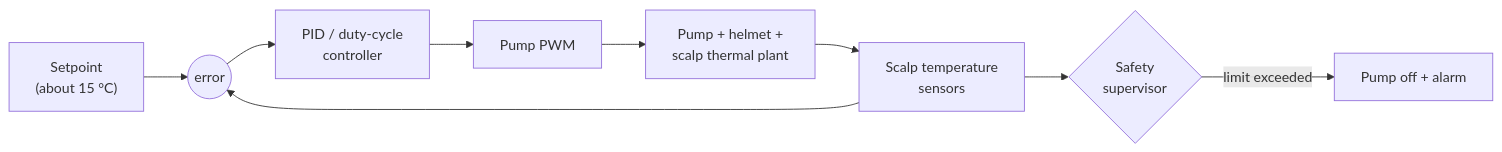
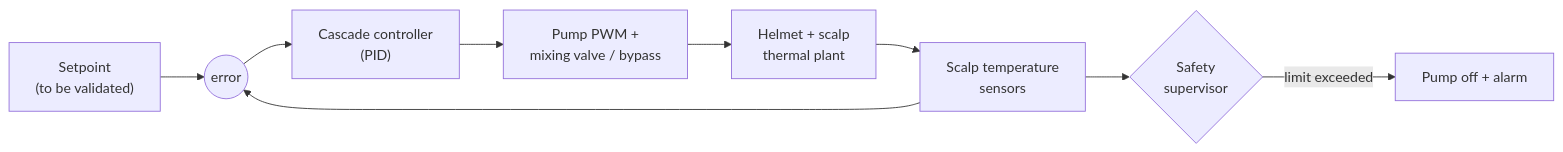
One commit to dbianco/thermascalp changed the diagram in docs/architecture/thermal-control.md. Above: the diagram before and after it, drawn with Mermaid. The commit also changed other lines of this file and 8 other files, not shown here.

````diff
--- a/docs/architecture/thermal-control.md
+++ b/docs/architecture/thermal-control.md
@@ -12,11 +22,11 @@
 ```mermaid
 flowchart LR
-    SP["Setpoint<br/>(about 15 °C)"] --> E(("error"))
+    SP["Setpoint<br/>(to be validated)"] --> E(("error"))
     S["Scalp temperature<br/>sensors"] --> E
-    E --> PID["PID / duty-cycle<br/>controller"]
-    PID --> PWM["Pump PWM"]
-    PWM --> HEL["Pump + helmet +<br/>scalp thermal plant"]
+    E --> PID["Cascade controller<br/>(PID)"]
+    PID --> PWM["Pump PWM +<br/>mixing valve / bypass"]
+    PWM --> HEL["Helmet + scalp<br/>thermal plant"]
     HEL --> S
     S --> SAFE{"Safety<br/>supervisor"}
     SAFE -->|"limit exceeded"| STOP["Pump off + alarm"]
 ```
````
